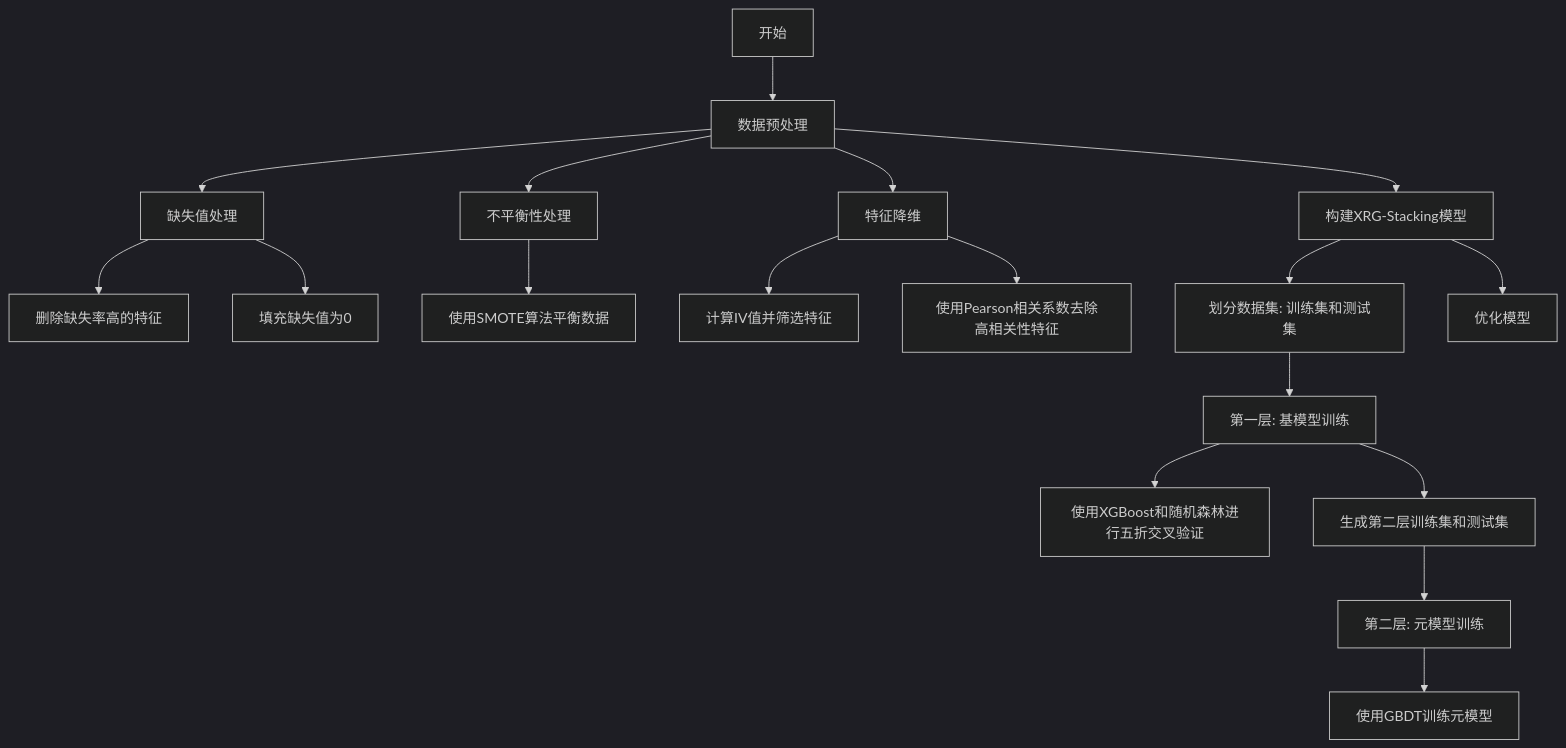
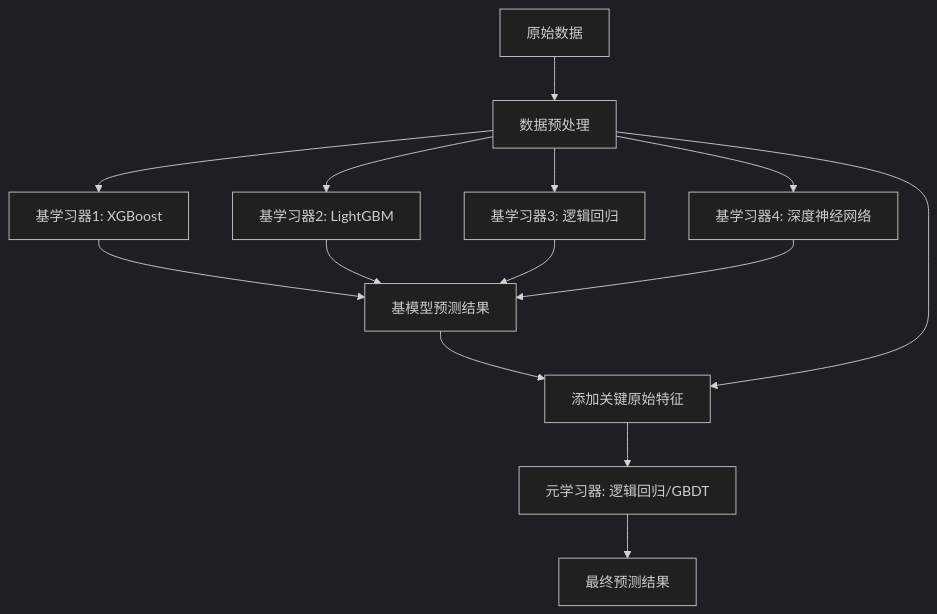
Before and after one commit to fromwhitetoblack/iodraw-files: the diagram in all/未命名.md, drawn with Mermaid (dark theme).

Commit message:
2025-03-11 11:50:14 update

````diff
--- a/all/未命名.md
+++ b/all/未命名.md
@@ -1,21 +1,16 @@
 ```mermaid
 graph TD
-    A[开始] --> B[数据预处理]
-    B --> B1[缺失值处理]
-    B1 --> B2[删除缺失率高的特征]
-    B1 --> B3[填充缺失值为0]
-    B --> B4[不平衡性处理]
-    B4 --> B5[使用SMOTE算法平衡数据]
-    B --> B6[特征降维]
-    B6 --> B7[计算IV值并筛选特征]
-    B6 --> B8[使用Pearson相关系数去除高相关性特征]
-    B --> C[构建XRG-Stacking模型]
-    C --> C1[划分数据集: 训练集和测试集]
-    C1 --> C2[第一层: 基模型训练]
-    C2 --> C3[使用XGBoost和随机森林进行五折交叉验证]
-    C2 --> C4[生成第二层训练集和测试集]
-    C4 --> C5[第二层: 元模型训练]
-    C5 --> C6[使用GBDT训练元模型]
-    C --> D[优化模型]
-    
+    A[原始数据] --> B[数据预处理]
+    B --> C1[基学习器1: XGBoost]
+    B --> C2[基学习器2: LightGBM]
+    B --> C3[基学习器3: 逻辑回归]
+    B --> C4[基学习器4: 深度神经网络]
+    C1 --> D[基模型预测结果]
+    C2 --> D
+    C3 --> D
+    C4 --> D
+    D --> E[元学习器输入特征]
+    B --> E[添加关键原始特征]
+    E --> F[元学习器: 逻辑回归/GBDT]
+    F --> G[最终预测结果]
 ```
````
